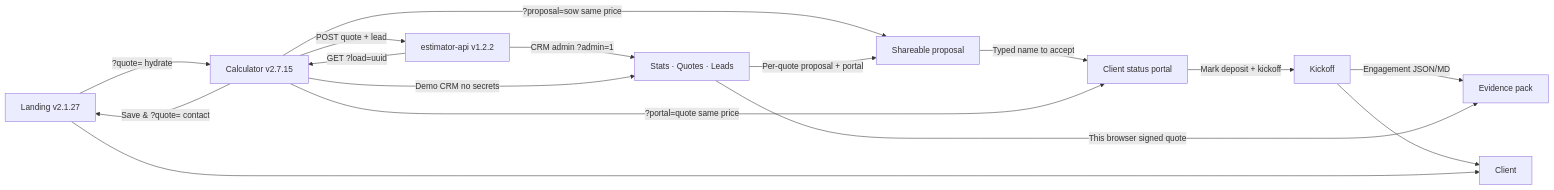
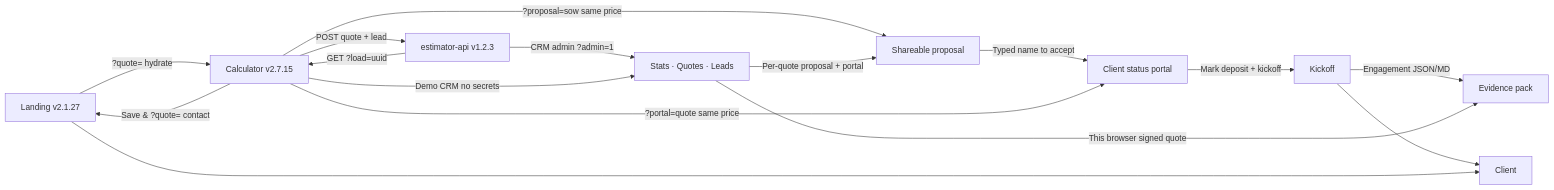
One commit to pixellayer7-jpg/pixellayer7-jpg changed the diagram in README.md. Above: the diagram before and after it, drawn with Mermaid. The commit also changed 4 other files, not shown here.

````diff
--- a/README.md
+++ b/README.md
@@ -21,18 +21,18 @@
 ```mermaid
 flowchart LR
   A[Landing v2.1.27] -->|?quote= hydrate| B[Calculator v2.7.15]
   B -->|Save & ?quote= contact| A
   B -->|?proposal=sow same price| R[Shareable proposal]
   R -->|Typed name to accept| P[Client status portal]
   P -->|Mark deposit + kickoff| K[Kickoff]
   K -->|Engagement JSON/MD| X[Evidence pack]
   B -->|?portal=quote same price| P
-  B -->|POST quote + lead| D[estimator-api v1.2.2]
+  B -->|POST quote + lead| D[estimator-api v1.2.3]
   D -->|CRM admin ?admin=1| E[Stats · Quotes · Leads]
   B -->|Demo CRM no secrets| E
   E -->|This browser signed quote| X
   E -->|Per-quote proposal + portal| R
   K --> F[Client]
   D -->|GET ?load=uuid| B
   A --> F[Client]
 ```
````
